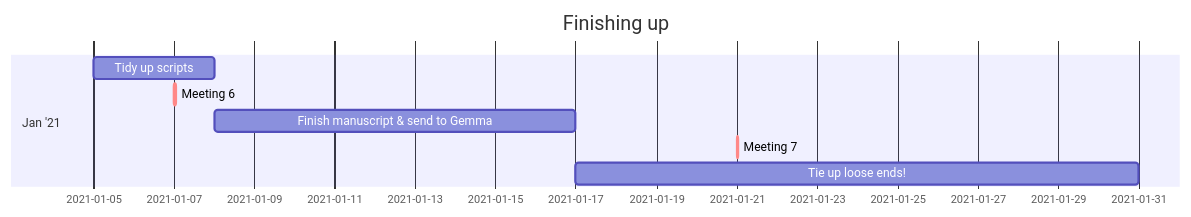
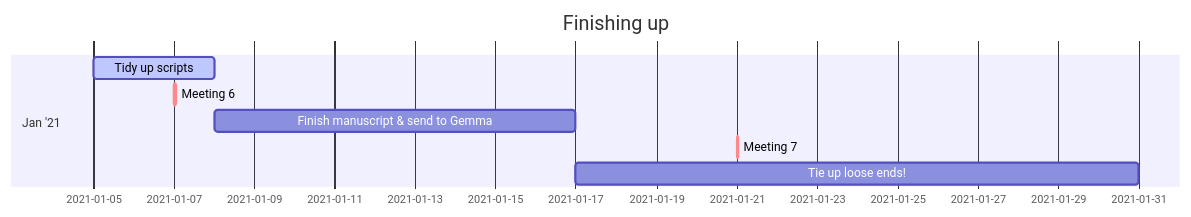
Before and after one commit to flozoemartin/MP1: the fourth of 5 diagrams in Planning/MP1 Gantt.md, drawn with Mermaid. The commit also changed other lines of this file, not shown here.

Commit message:
Update MP1 Gantt.md

````diff
--- a/Planning/MP1 Gantt.md
+++ b/Planning/MP1 Gantt.md
@@ -50,12 +50,12 @@
 ```mermaid
 gantt
     dateFormat  YYYY-MM-DD
     title       Finishing up
     
     section Jan '21
-    Tidy up scripts                           :des12, 2021-01-05, 2021-01-08
+    Tidy up scripts                           :active, des12, 2021-01-05, 2021-01-08
     Meeting 6                                 :crit, 2021-01-07, 1h
     Finish manuscript & send to Gemma         :des13, after des12, 9d
     Meeting 7                                 :crit, 2021-01-21, 1h
     Tie up loose ends!                        :des14, after des13, 2021-01-31
 ```
````
